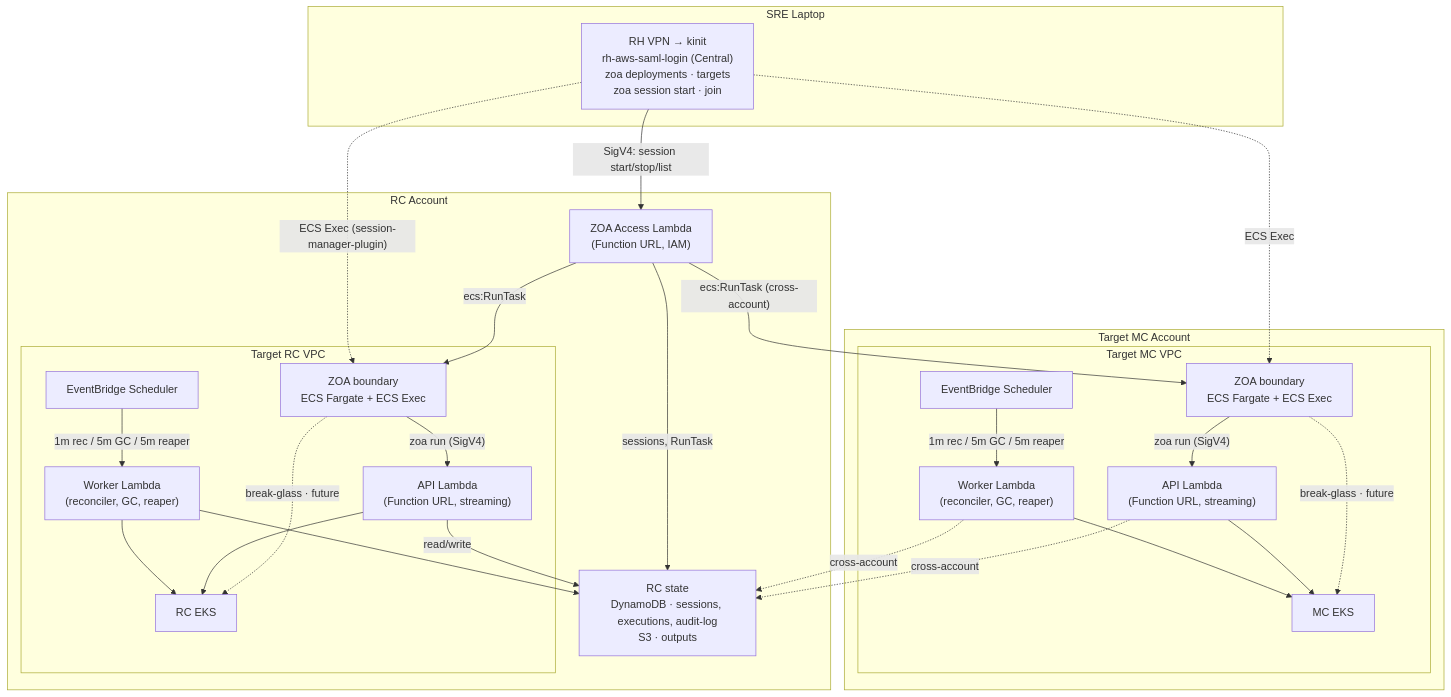
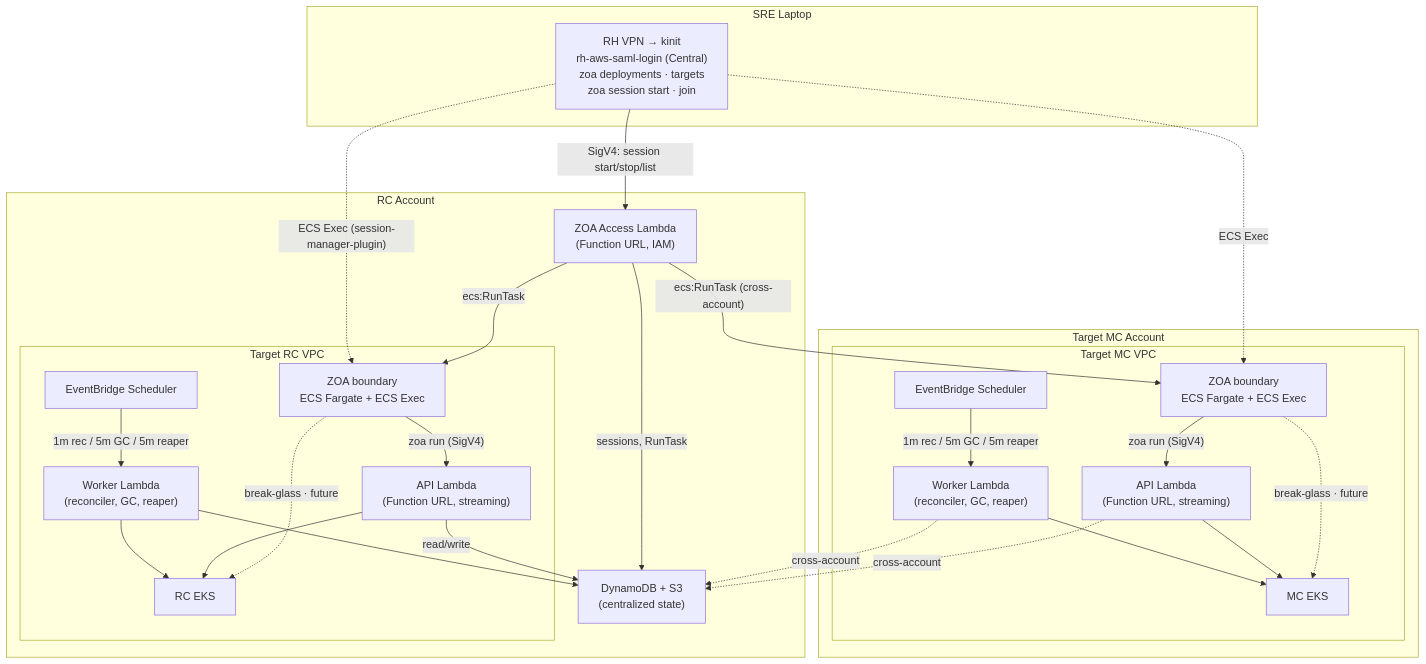
Before and after one commit to slopezz/rosa-hyperfleet-zoa: the diagram in README.md, drawn with Mermaid.

Commit message:
ROSAENG-68805 | docs: restore compact DDB node in README diagram
Revert RC state box to DynamoDB + S3 (centralized state) for stable layout.

````diff
--- a/README.md
+++ b/README.md
@@ -75,55 +75,55 @@
 ```mermaid
 graph TD
     subgraph laptop["SRE Laptop"]
         L["RH VPN → kinit<br/>rh-aws-saml-login (Central)<br/>zoa deployments · targets<br/>zoa session start · join"]
     end
 
     subgraph rc["RC Account"]
         ACCESS["ZOA Access Lambda<br/>(Function URL, IAM)"]
-        STATE["RC state<br/>DynamoDB · sessions, executions, audit-log<br/>S3 · outputs"]
+        DDB["DynamoDB + S3<br/>(centralized state)"]
         subgraph rc_vpc["Target RC VPC"]
             BOUNDARY_RC["ZOA boundary<br/>ECS Fargate + ECS Exec"]
             EB_RC["EventBridge Scheduler"]
             API_RC["API Lambda<br/>(Function URL, streaming)"]
             WORKER_RC["Worker Lambda<br/>(reconciler, GC, reaper)"]
             EKS_RC["RC EKS"]
         end
     end
 
     subgraph mc["Target MC Account"]
         subgraph mc_vpc["Target MC VPC"]
             BOUNDARY_MC["ZOA boundary<br/>ECS Fargate + ECS Exec"]
             EB_MC["EventBridge Scheduler"]
             API_MC["API Lambda<br/>(Function URL, streaming)"]
             WORKER_MC["Worker Lambda<br/>(reconciler, GC, reaper)"]
             EKS_MC["MC EKS"]
         end
     end
 
     L -->|"SigV4: session start/stop/list"| ACCESS
-    ACCESS -->|"sessions, RunTask"| STATE
+    ACCESS -->|"sessions, RunTask"| DDB
     ACCESS -->|"ecs:RunTask"| BOUNDARY_RC
     ACCESS -->|"ecs:RunTask (cross-account)"| BOUNDARY_MC
 
     L -.->|"ECS Exec (session-manager-plugin)"| BOUNDARY_RC
     L -.->|"ECS Exec"| BOUNDARY_MC
 
     BOUNDARY_RC -->|"zoa run (SigV4)"| API_RC
     BOUNDARY_MC -->|"zoa run (SigV4)"| API_MC
 
     BOUNDARY_RC -.->|"break-glass · future"| EKS_RC
     BOUNDARY_MC -.->|"break-glass · future"| EKS_MC
 
     EB_RC -->|"1m rec / 5m GC / 5m reaper"| WORKER_RC
     EB_MC -->|"1m rec / 5m GC / 5m reaper"| WORKER_MC
 
     API_RC --> EKS_RC
     WORKER_RC --> EKS_RC
     API_MC --> EKS_MC
     WORKER_MC --> EKS_MC
 
-    API_RC -->|"read/write"| STATE
-    WORKER_RC --> STATE
-    API_MC -.->|"cross-account"| STATE
-    WORKER_MC -.->|"cross-account"| STATE
+    API_RC -->|"read/write"| DDB
+    WORKER_RC --> DDB
+    API_MC -.->|"cross-account"| DDB
+    WORKER_MC -.->|"cross-account"| DDB
 ```
````
